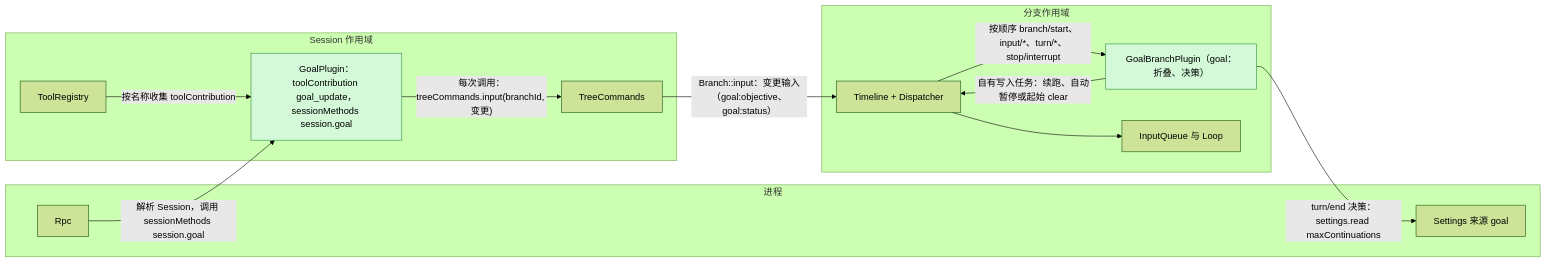
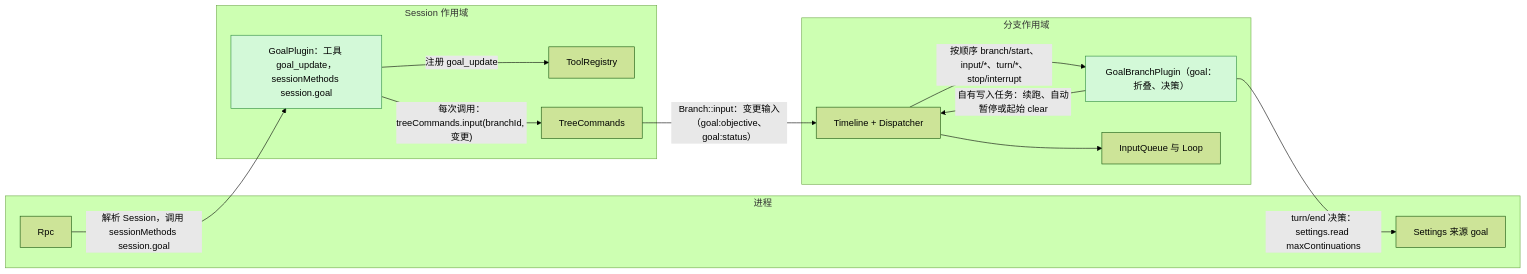
Before and after one commit to CoutinhoTTS/dim-agent: the first of 7 diagrams in docs/zh/design/plugins/Goal.md, drawn with Mermaid (forest theme). The commit also changed other lines of this file and 101 other files, not shown here.

````diff
--- a/docs/zh/design/plugins/Goal.md
+++ b/docs/zh/design/plugins/Goal.md
@@ -11,26 +11,26 @@
 ```mermaid
 flowchart LR
   subgraph PROC["进程"]
     Rpc["Rpc"]
     Settings["Settings 来源 goal"]
   end
   subgraph SESS["Session 作用域"]
-    GS["GoalPlugin：toolContribution goal_update，sessionMethods session.goal"]:::new
+    GS["GoalPlugin：工具 goal_update，sessionMethods session.goal"]:::new
     TR["ToolRegistry"]
     TC["TreeCommands"]
   end
   subgraph BR["分支作用域"]
     GB["GoalBranchPlugin（goal：折叠、决策）"]:::new
     TL["Timeline + Dispatcher"]
     IQ["InputQueue 与 Loop"]
   end
-  TR -- "按名称收集 toolContribution" --> GS
+  GS -- "注册 goal_update" --> TR
   Rpc -- "解析 Session，调用 sessionMethods session.goal" --> GS
   GS -- "每次调用：treeCommands.input(branchId, 变更)" --> TC
   TC -- "Branch::input：变更输入（goal:objective、goal:status）" --> TL
   TL -- "按顺序 branch/start、input/*、turn/*、stop/interrupt" --> GB
   GB -- "自有写入任务：续跑、自动暂停或起始 clear" --> TL
   GB -- "turn/end 决策：settings.read maxContinuations" --> Settings
   TL --> IQ
   classDef new fill:#d3f9d8,stroke:#2b8a3e,color:#000
 ```
````
